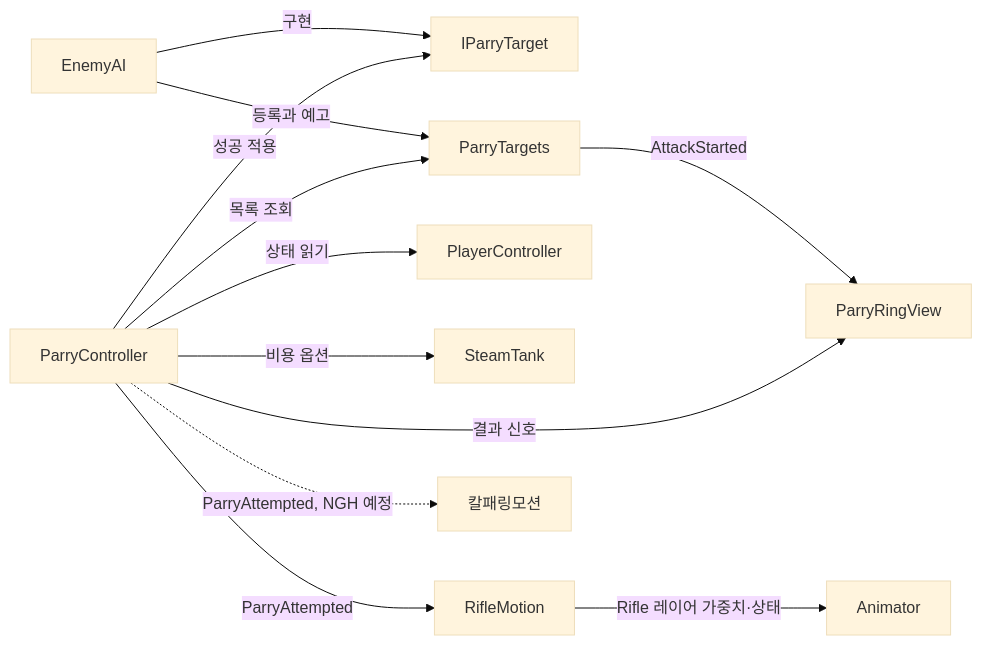
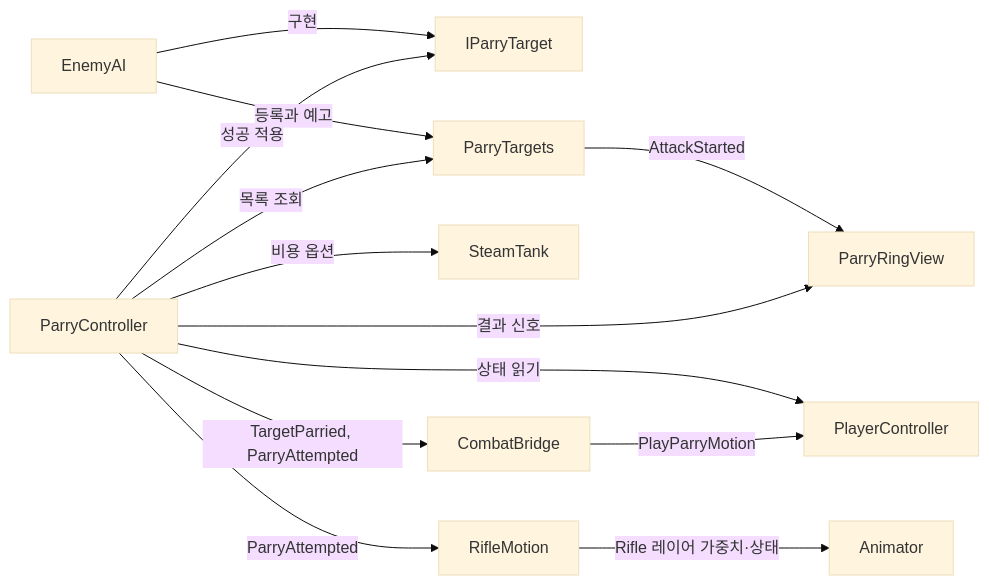
The diagram in SteamAttack/TeamWorkflow/Features/받아치기공통규약.md (Shaun1667/Project-SteamAttack), drawn with Mermaid (base theme) before and after one commit. The commit also changed other lines of this file and 1 other file, not shown here.

````diff
--- a/SteamAttack/TeamWorkflow/Features/받아치기공통규약.md
+++ b/SteamAttack/TeamWorkflow/Features/받아치기공통규약.md
@@ -98,14 +104,15 @@
 ```mermaid
 flowchart LR
     EnemyAI -->|구현| IParryTarget
     EnemyAI -->|등록과 예고| ParryTargets
     ParryController -->|목록 조회| ParryTargets
     ParryController -->|성공 적용| IParryTarget
     ParryController -->|상태 읽기| PlayerController
     ParryController -->|비용 옵션| SteamTank
     ParryTargets -->|AttackStarted| ParryRingView
     ParryController -->|결과 신호| ParryRingView
     ParryController -->|ParryAttempted| RifleMotion
     RifleMotion -->|Rifle 레이어 가중치·상태| Animator
-    ParryController -.->|ParryAttempted, NGH 예정| 칼패링모션
+    ParryController -->|TargetParried, ParryAttempted| CombatBridge
+    CombatBridge -->|PlayParryMotion| PlayerController
 ```
````
